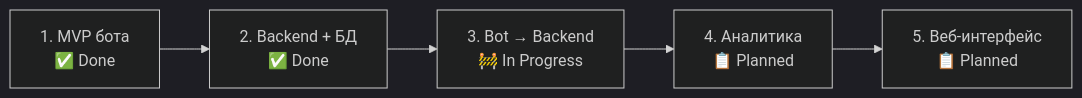
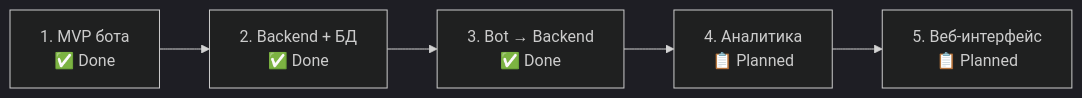
Before and after one commit to zatulik2606/diaai: the diagram in docs/plan.md, drawn with Mermaid (dark theme). The commit also changed other lines of this file and 28 other files, not shown here.

````diff
--- a/docs/plan.md
+++ b/docs/plan.md
@@ -35,10 +35,10 @@
 ```mermaid
 flowchart LR
     E1["1. MVP бота\n✅ Done"]
     E2["2. Backend + БД\n✅ Done"]
-    E3["3. Bot → Backend\n🚧 In Progress"]
+    E3["3. Bot → Backend\n✅ Done"]
     E4["4. Аналитика\n📋 Planned"]
     E5["5. Веб-интерфейс\n📋 Planned"]
 
     E1 --> E2 --> E3 --> E4 --> E5
 ```
````
